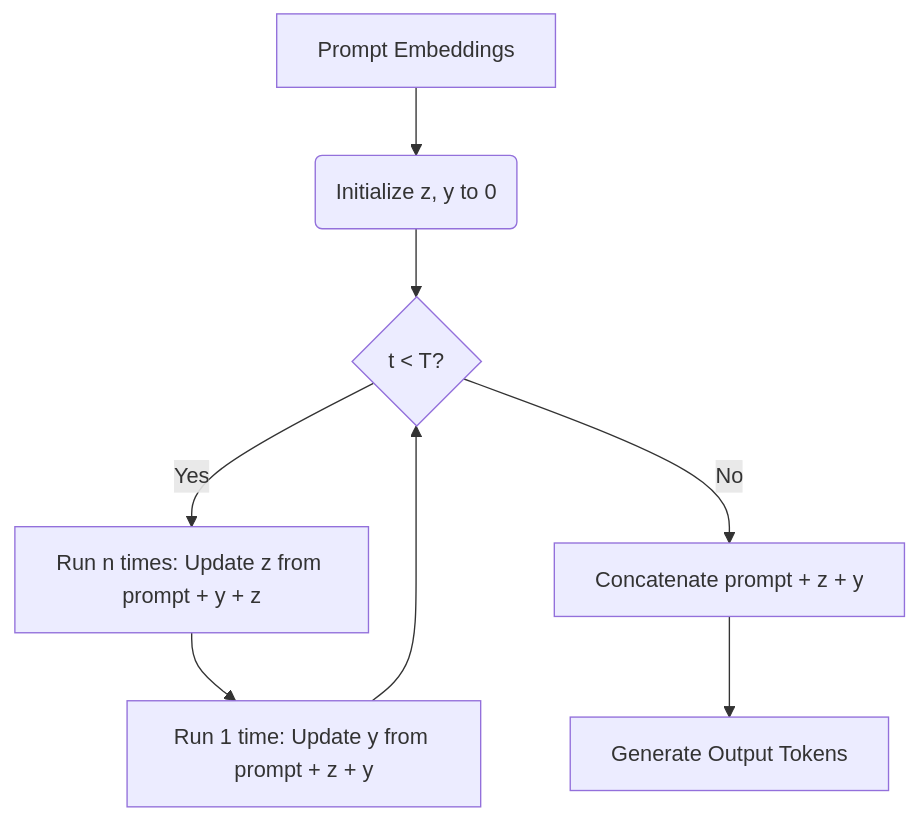
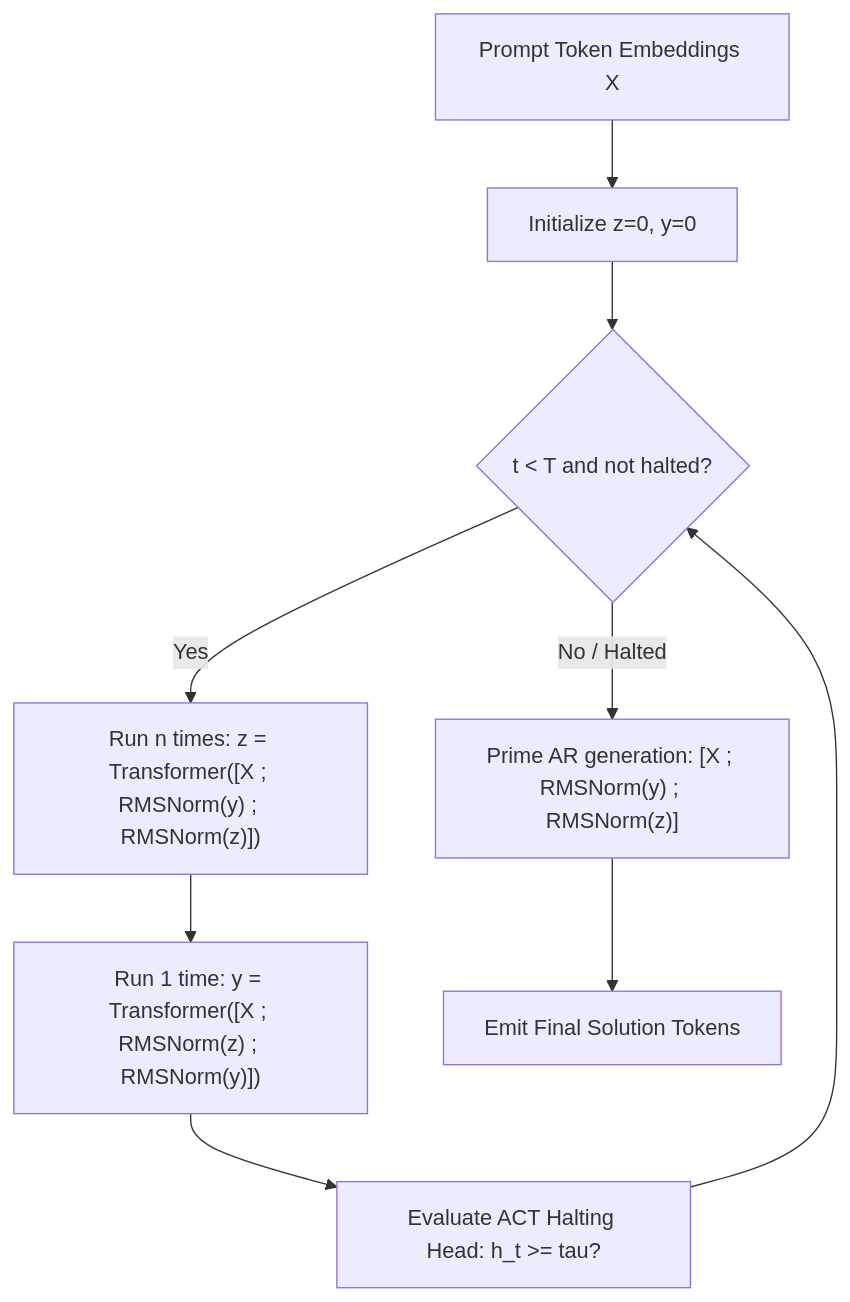
Before and after one commit to davenportjw/recursive-model: the diagram in README.md, drawn with Mermaid. The commit also changed other lines of this file and 3 other files, not shown here.

Commit message:
docs: add comprehensive researcher architecture guide, cloud topology, and UI pages

````diff
--- a/README.md
+++ b/README.md
@@ -26,10 +44,11 @@
 ```mermaid
 graph TD
-    A[Prompt Embeddings] --> B(Initialize z, y to 0)
-    B --> C{t < T?}
-    C -- Yes --> D[Run n times: Update z from prompt + y + z]
-    D --> E[Run 1 time: Update y from prompt + z + y]
-    E --> C
-    C -- No --> F[Concatenate prompt + z + y]
-    F --> G[Generate Output Tokens]
+    A[Prompt Token Embeddings X] --> B[Initialize z=0, y=0]
+    B --> C{t < T and not halted?}
+    C -- Yes --> D["Run n times: z = Transformer([X ; RMSNorm(y) ; RMSNorm(z)])"]
+    D --> E["Run 1 time: y = Transformer([X ; RMSNorm(z) ; RMSNorm(y)])"]
+    E --> F[Evaluate ACT Halting Head: h_t >= tau?]
+    F --> C
+    C -- No / Halted --> G["Prime AR generation: [X ; RMSNorm(y) ; RMSNorm(z)]"]
+    G --> H[Emit Final Solution Tokens]
 ```
````
